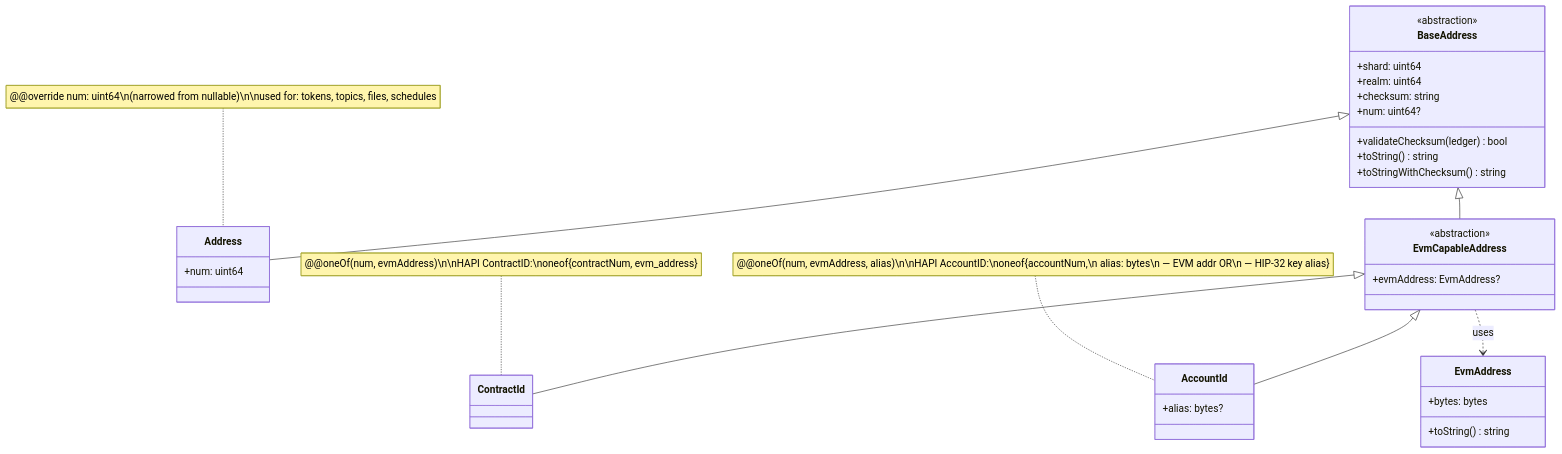
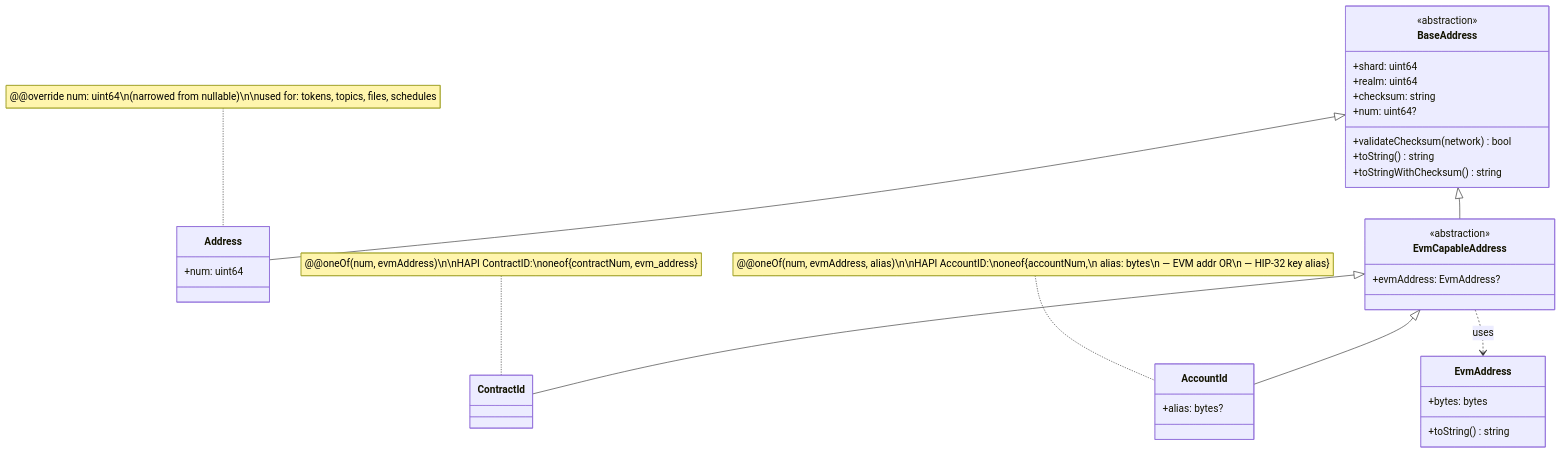
The diagram in spec/base/ledger.md (hiero-hackers/hiero-sdk-v3-prototyping), drawn with Mermaid before and after one commit. The commit also changed other lines of this file and 2 other files, not shown here.

Commit message:
rename Ledger to Network

````diff
--- a/spec/base/ledger.md
+++ b/spec/base/ledger.md
@@ -14,45 +14,45 @@
 ```mermaid
 classDiagram
     direction TB
 
     class BaseAddress {
         <<abstraction>>
         +shard: uint64
         +realm: uint64
         +checksum: string
         +num: uint64?
-        +validateChecksum(ledger) bool
+        +validateChecksum(network) bool
         +toString() string
         +toStringWithChecksum() string
     }
 
     class Address {
         +num: uint64
     }
 
     class EvmCapableAddress {
         <<abstraction>>
         +evmAddress: EvmAddress?
     }
 
     class ContractId
 
     class AccountId {
         +alias: bytes?
     }
 
     class EvmAddress {
         +bytes: bytes
         +toString() string
     }
 
     BaseAddress <|-- Address
     BaseAddress <|-- EvmCapableAddress
     EvmCapableAddress <|-- ContractId
     EvmCapableAddress <|-- AccountId
     EvmCapableAddress ..> EvmAddress : uses
 
     note for Address "@@override num: uint64\n(narrowed from nullable)\n\nused for: tokens, topics, files, schedules"
     note for ContractId "@@oneOf(num, evmAddress)\n\nHAPI ContractID:\noneof{contractNum, evm_address}"
     note for AccountId "@@oneOf(num, evmAddress, alias)\n\nHAPI AccountID:\noneof{accountNum,\n      alias: bytes\n        — EVM addr OR\n        — HIP-32 key alias}"
 ```
````
